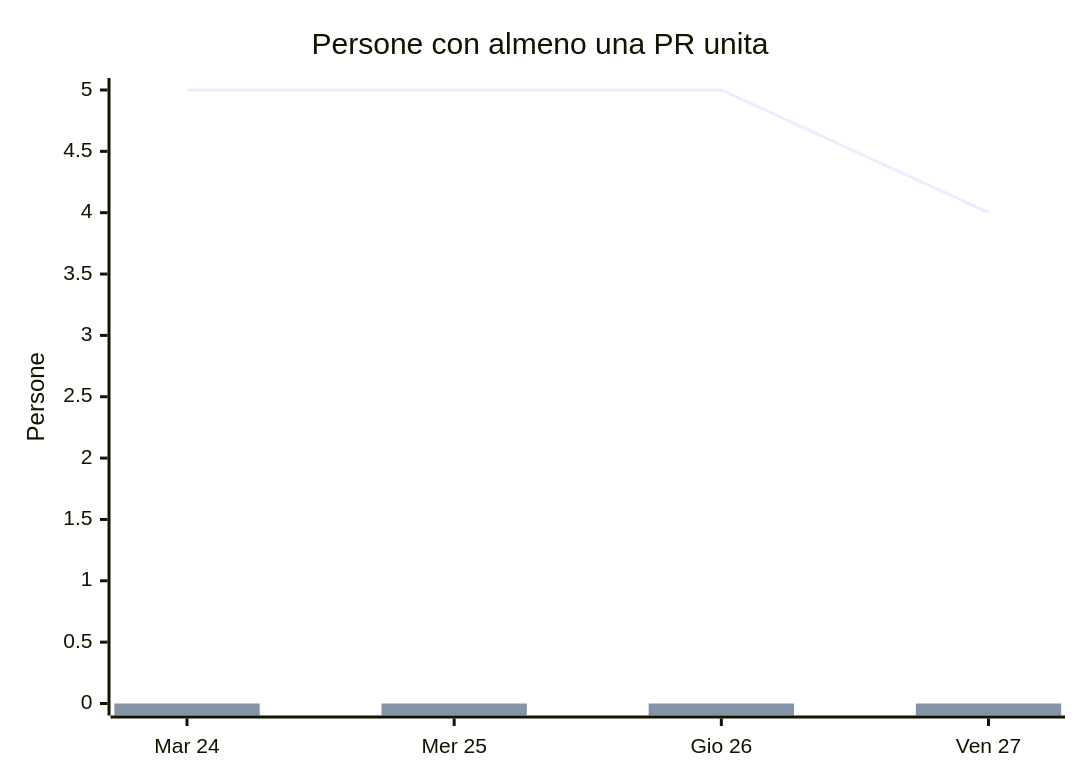
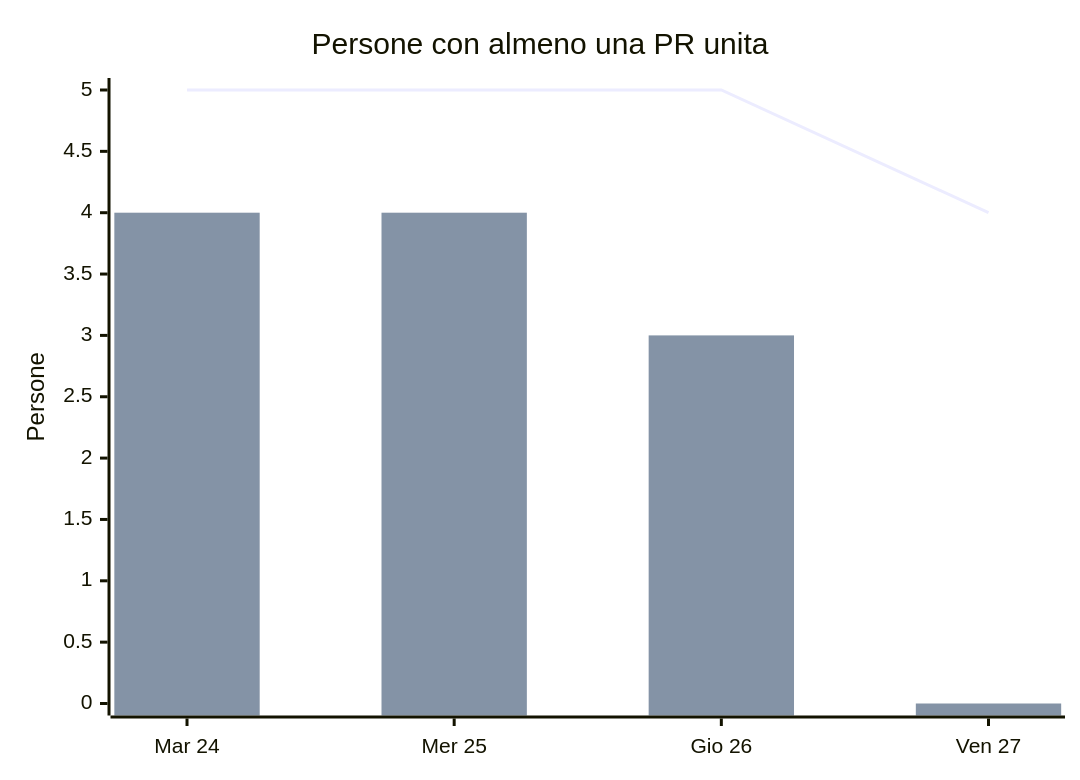
One commit to Ilbollit0/Team-3-progetto-buildweek-2 changed the fourth of 7 diagrams in docs/Controllo e monitoraggio.md. Above: the diagram before and after it, drawn with Mermaid. The commit also changed other lines of this file and 14 other files, not shown here.

````diff
--- a/docs/Controllo e monitoraggio.md
+++ b/docs/Controllo e monitoraggio.md
@@ -103,8 +112,8 @@
 ```mermaid
 xychart-beta
   title "Persone con almeno una PR unita"
   x-axis ["Mar 24", "Mer 25", "Gio 26", "Ven 27"]
   y-axis "Persone" 0 --> 5
   line [5, 5, 5, 4]
-  bar [0, 0, 0, 0]
+  bar [4, 4, 3, 0]
 ```
````
